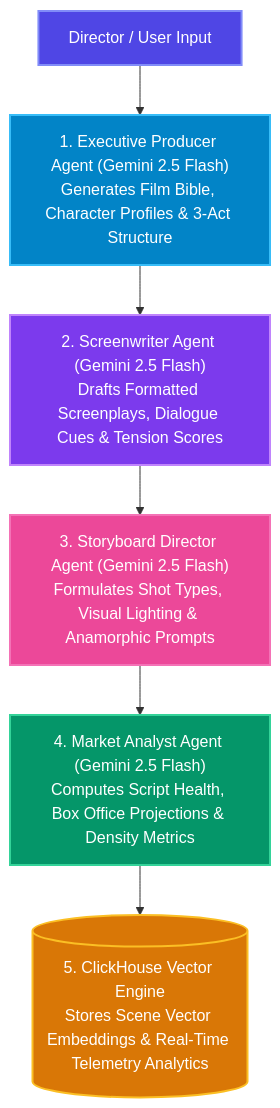
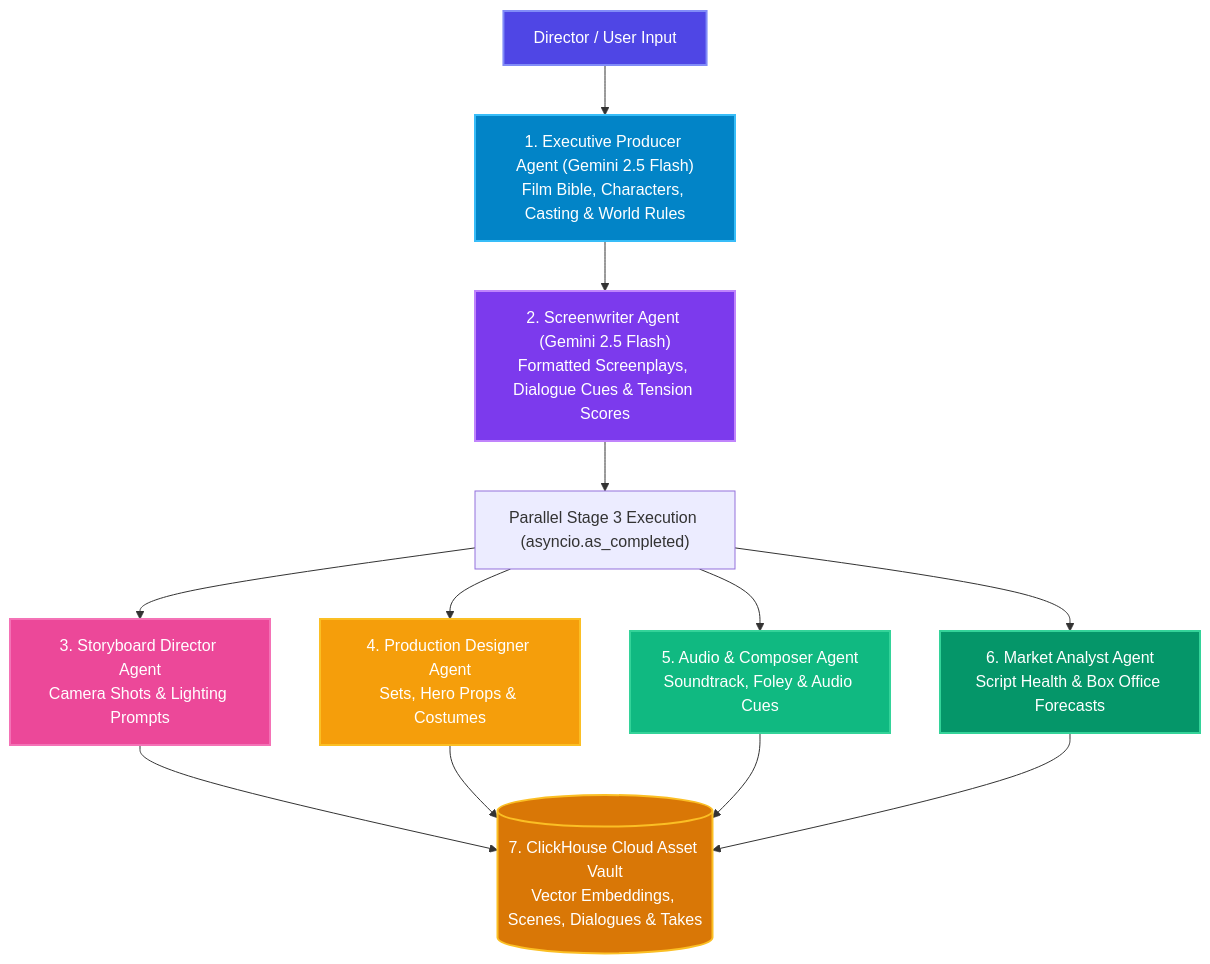
One commit to dwinsi/Agentic-Cinema changed the diagram in Documents/01_PROJECT_OVERVIEW.md. Above: the diagram before and after it, drawn with Mermaid. The commit also changed other lines of this file and 7 other files, not shown here.

Commit message:
refactor: streamline Google Cloud deployment runbook to use source-based builds and simplify logging analytics documentation.

````diff
--- a/Documents/01_PROJECT_OVERVIEW.md
+++ b/Documents/01_PROJECT_OVERVIEW.md
@@ -25,15 +28,26 @@
 ```mermaid
 flowchart TD
     classDef userStyle fill:#4f46e5,stroke:#818cf8,stroke-width:2px,color:#ffffff;
     classDef epStyle fill:#0284c7,stroke:#38bdf8,stroke-width:2px,color:#ffffff;
     classDef swStyle fill:#7c3aed,stroke:#c084fc,stroke-width:2px,color:#ffffff;
     classDef sdStyle fill:#ec4899,stroke:#f472b6,stroke-width:2px,color:#ffffff;
+    classDef pdStyle fill:#f59e0b,stroke:#fbbf24,stroke-width:2px,color:#ffffff;
+    classDef auStyle fill:#10b981,stroke:#34d399,stroke-width:2px,color:#ffffff;
     classDef maStyle fill:#059669,stroke:#34d399,stroke-width:2px,color:#ffffff;
     classDef chStyle fill:#d97706,stroke:#fbbf24,stroke-width:2px,color:#ffffff;
 
-    User["Director / User Input"]:::userStyle --> EP["1. Executive Producer Agent (Gemini 2.5 Flash)<br/>Generates Film Bible, Character Profiles & 3-Act Structure"]:::epStyle
-    EP --> SW["2. Screenwriter Agent (Gemini 2.5 Flash)<br/>Drafts Formatted Screenplays, Dialogue Cues & Tension Scores"]:::swStyle
-    SW --> SD["3. Storyboard Director Agent (Gemini 2.5 Flash)<br/>Formulates Shot Types, Visual Lighting & Anamorphic Prompts"]:::sdStyle
-    SD --> MA["4. Market Analyst Agent (Gemini 2.5 Flash)<br/>Computes Script Health, Box Office Projections & Density Metrics"]:::maStyle
-    MA --> CH[("5. ClickHouse Vector Engine<br/>Stores Scene Vector Embeddings & Real-Time Telemetry Analytics")]:::chStyle
+    User["Director / User Input"]:::userStyle --> EP["1. Executive Producer Agent (Gemini 2.5 Flash)<br/>Film Bible, Characters, Casting & World Rules"]:::epStyle
+    EP --> SW["2. Screenwriter Agent (Gemini 2.5 Flash)<br/>Formatted Screenplays, Dialogue Cues & Tension Scores"]:::swStyle
+    
+    SW --> PARALLEL["Parallel Stage 3 Execution (asyncio.as_completed)"]
+    
+    PARALLEL --> SD["3. Storyboard Director Agent<br/>Camera Shots & Lighting Prompts"]:::sdStyle
+    PARALLEL --> PD["4. Production Designer Agent<br/>Sets, Hero Props & Costumes"]:::pdStyle
+    PARALLEL --> AU["5. Audio & Composer Agent<br/>Soundtrack, Foley & Audio Cues"]:::auStyle
+    PARALLEL --> MA["6. Market Analyst Agent<br/>Script Health & Box Office Forecasts"]:::maStyle
+    
+    SD --> CH[("7. ClickHouse Cloud Asset Vault<br/>Vector Embeddings, Scenes, Dialogues & Takes")]:::chStyle
+    PD --> CH
+    AU --> CH
+    MA --> CH
 ```
````
